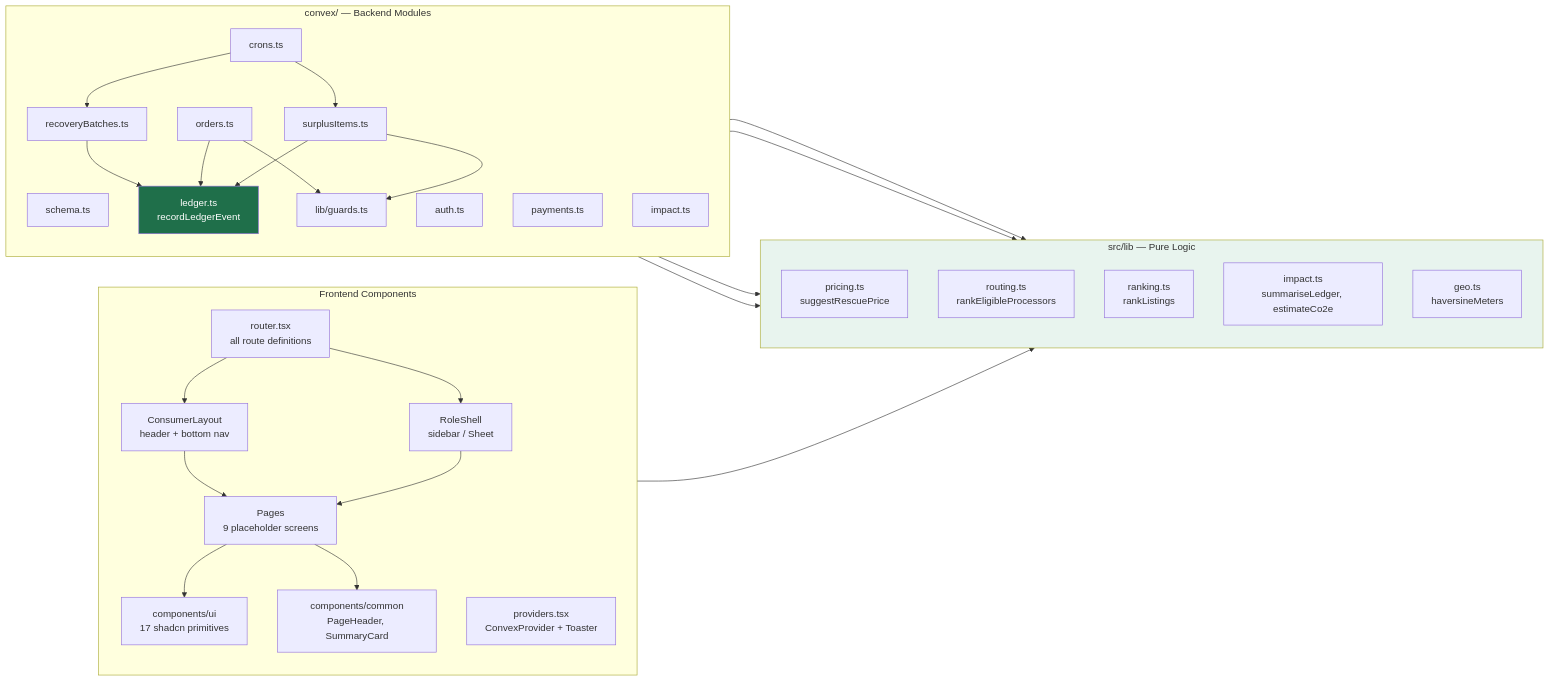
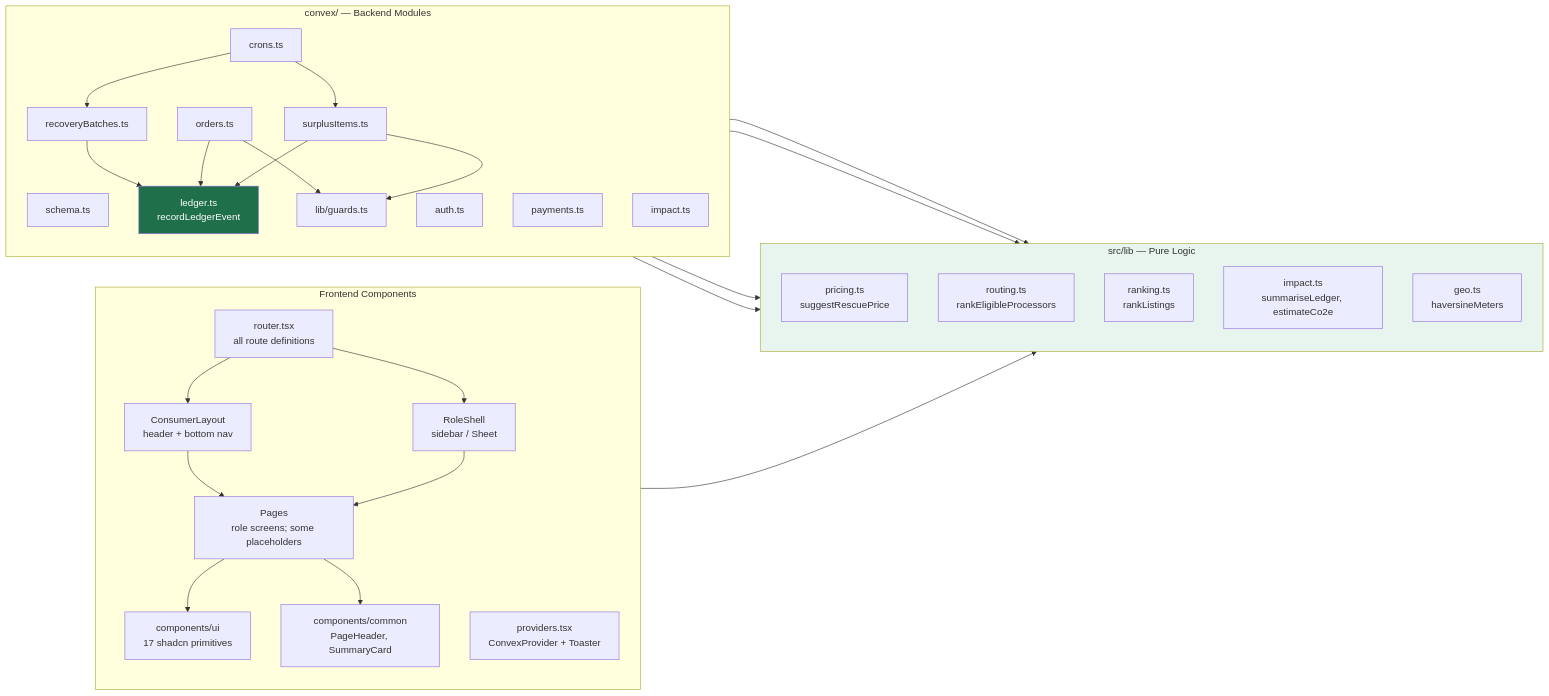
Before and after one commit to 201dev/cirquo: the third of 10 diagrams in docs/architecture/ARCHITECTURE.md, drawn with Mermaid. The commit also changed other lines of this file and 24 other files, not shown here.

````diff
--- a/docs/architecture/ARCHITECTURE.md
+++ b/docs/architecture/ARCHITECTURE.md
@@ -229,59 +229,59 @@
 ```mermaid
 graph LR
     subgraph FE["Frontend Components"]
         direction TB
         R["router.tsx<br/>all route definitions"]
         PR["providers.tsx<br/>ConvexProvider + Toaster"]
         LC["ConsumerLayout<br/>header + bottom nav"]
         LR2["RoleShell<br/>sidebar / Sheet"]
-        PG["Pages<br/>9 placeholder screens"]
+        PG["Pages<br/>role screens; some placeholders"]
         UI["components/ui<br/>17 shadcn primitives"]
         CM["components/common<br/>PageHeader, SummaryCard"]
     end
 
     subgraph LIB["src/lib — Pure Logic"]
         direction TB
         PRC["pricing.ts<br/>suggestRescuePrice"]
         RTE["routing.ts<br/>rankEligibleProcessors"]
         RNK["ranking.ts<br/>rankListings"]
         IMP["impact.ts<br/>summariseLedger, estimateCo2e"]
         GEO["geo.ts<br/>haversineMeters"]
     end
 
     subgraph BE["convex/ — Backend Modules"]
         direction TB
         SCH["schema.ts"]
         AU["auth.ts"]
         SI["surplusItems.ts"]
         OR["orders.ts"]
         PAY["payments.ts"]
         RB["recoveryBatches.ts"]
         LG["ledger.ts<br/>recordLedgerEvent"]
         IM["impact.ts"]
         CR["crons.ts"]
         GD["lib/guards.ts"]
     end
 
     R --> LC
     R --> LR2
     LC --> PG
     LR2 --> PG
     PG --> UI
     PG --> CM
     PG --> LIB
 
     SI --> PRC
     RB --> RTE
     SI --> GEO
     IM --> IMP
     SI --> LG
     OR --> LG
     RB --> LG
     CR --> SI
     CR --> RB
     SI --> GD
     OR --> GD
 
     style LIB fill:#e8f4ee
     style LG fill:#1f6f4a,color:#ffffff
 ```
````
